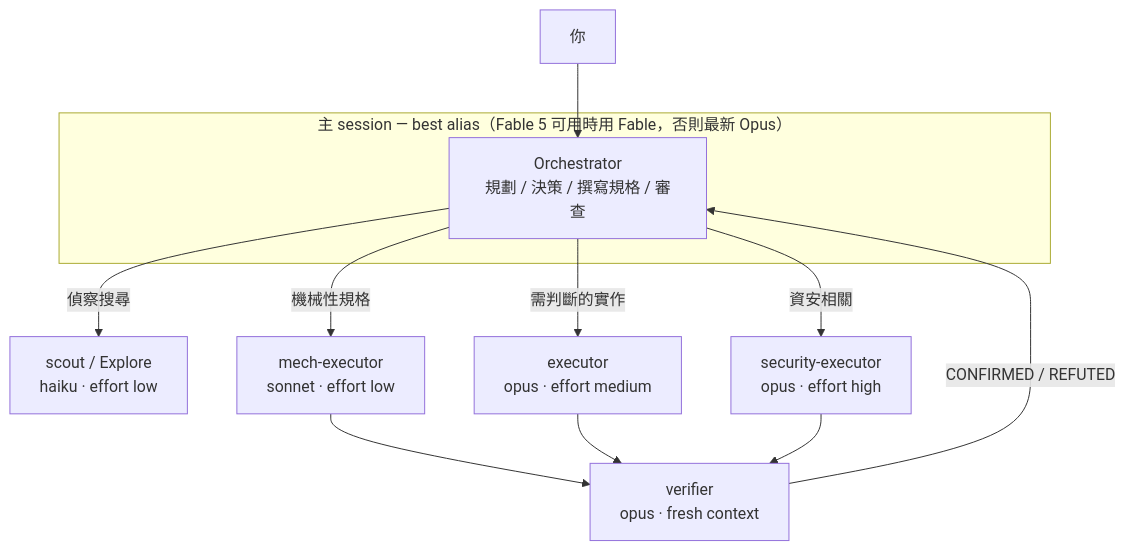
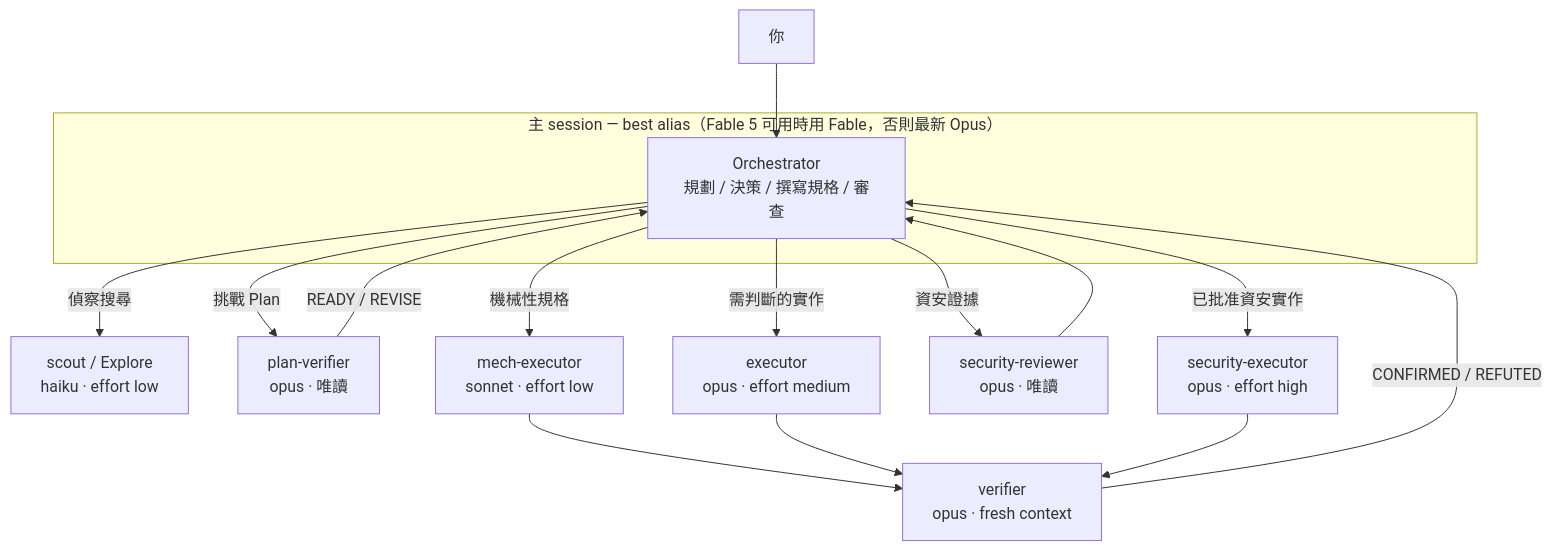
One commit to trionnemesis/pilotfish changed the diagram in README.zh-TW.md. Above: the diagram before and after it, drawn with Mermaid. The commit also changed other lines of this file and 17 other files, not shown here.

````diff
--- a/README.zh-TW.md
+++ b/README.zh-TW.md
@@ -57,15 +57,19 @@
 ```mermaid
 flowchart TD
     U[你] --> O
     subgraph MAIN["主 session — best alias（Fable 5 可用時用 Fable，否則最新 Opus）"]
         O["Orchestrator<br>規劃 / 決策 / 撰寫規格 / 審查"]
     end
     O -->|偵察搜尋| S["scout / Explore<br>haiku · effort low"]
+    O -->|挑戰 Plan| PV["plan-verifier<br>opus · 唯讀"]
+    PV -->|READY / REVISE| O
     O -->|機械性規格| M["mech-executor<br>sonnet · effort low"]
     O -->|需判斷的實作| E["executor<br>opus · effort medium"]
-    O -->|資安相關| SEC["security-executor<br>opus · effort high"]
+    O -->|資安證據| SR["security-reviewer<br>opus · 唯讀"]
+    SR --> O
+    O -->|已批准資安實作| SEC["security-executor<br>opus · effort high"]
     M --> V["verifier<br>opus · fresh context"]
     E --> V
     SEC --> V
     V -->|CONFIRMED / REFUTED| O
 ```
````
